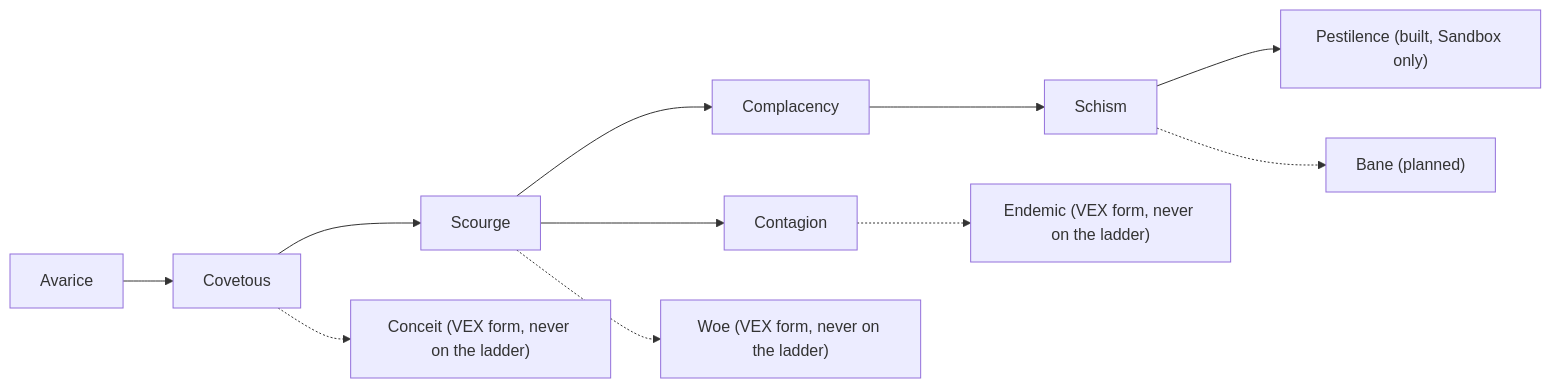
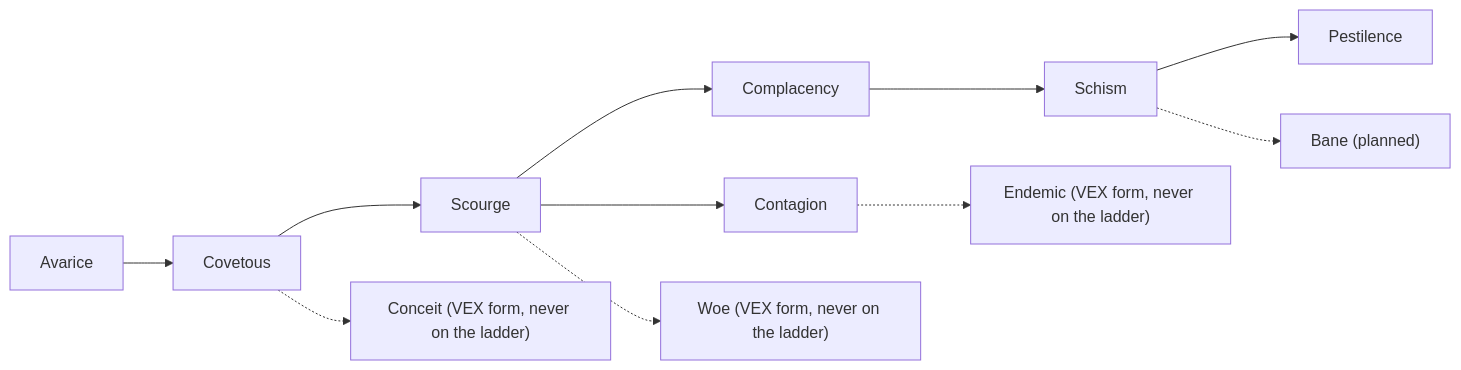
The second of 2 diagrams in architecture/cells-and-experiments.md (avarice-dev/AI-CellHack2), drawn with Mermaid before and after one commit. The commit also changed other lines of this file, not shown here.

Commit message:
docs: cell lineage and ladder status with Pestilence on the ladder

````diff
--- a/architecture/cells-and-experiments.md
+++ b/architecture/cells-and-experiments.md
@@ -96,11 +96,11 @@
 ```mermaid
 flowchart LR
     S["Avarice"] --> C["Covetous"] --> SC["Scourge"] --> CO["Contagion"]
     SC --> CP["Complacency"]
     CP --> SM["Schism"]
     SC -.-> W["Woe (VEX form, never on the ladder)"]
     C -.-> CN["Conceit (VEX form, never on the ladder)"]
     CO -.-> E["Endemic (VEX form, never on the ladder)"]
-    SM --> P["Pestilence (built, Sandbox only)"]
+    SM --> P["Pestilence"]
     SM -.-> B["Bane (planned)"]
 ```
````
